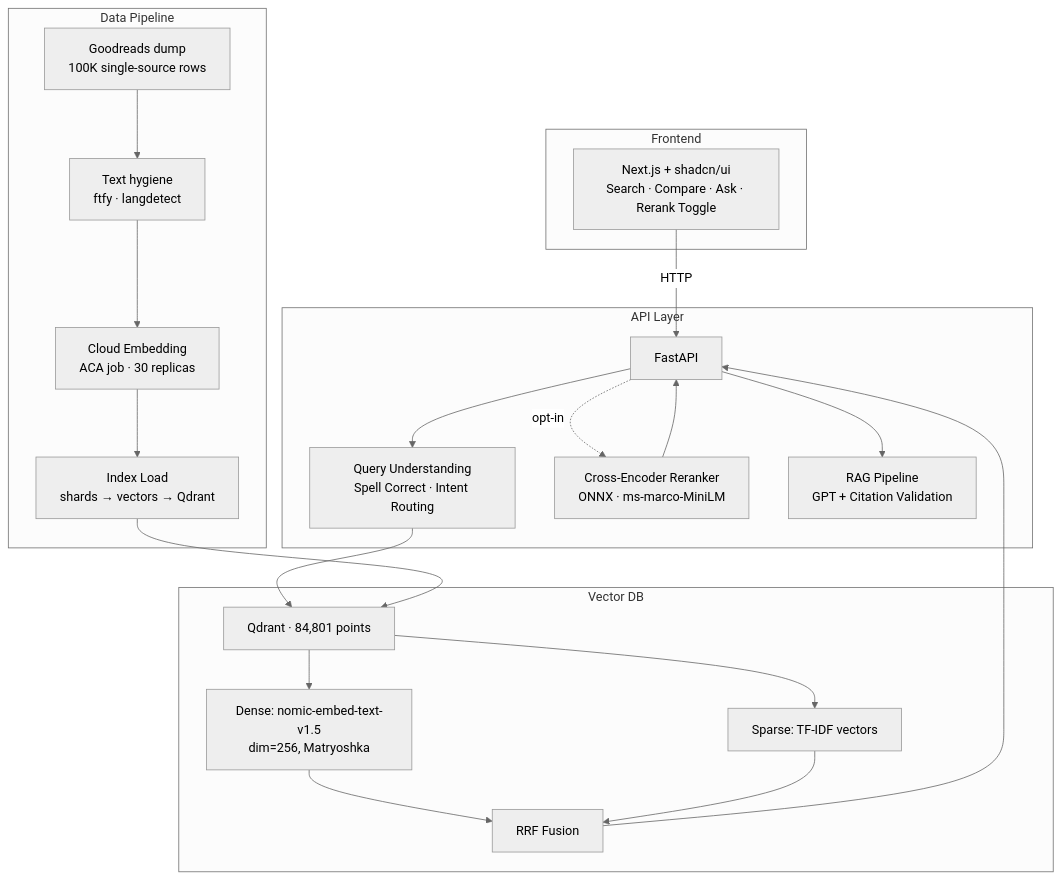
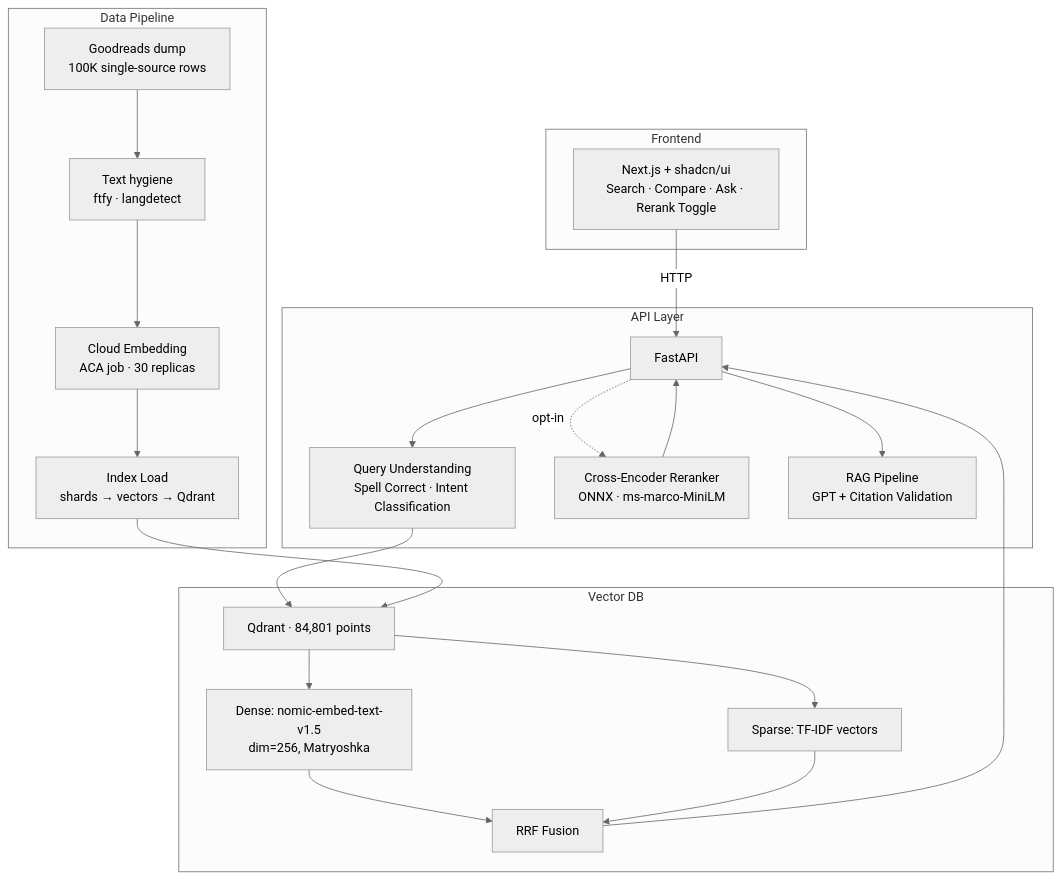
Before and after one commit to TruaShamu/ai-search: the first of 4 diagrams in README.md, drawn with Mermaid (neutral theme). The commit also changed other lines of this file, not shown here.

First line of the commit message:
docs: clean up README — fix diagram label, remove war stories

````diff
--- a/README.md
+++ b/README.md
@@ -13,36 +13,36 @@
 ```mermaid
 graph TD
     subgraph Frontend
         UI[Next.js + shadcn/ui<br/>Search · Compare · Ask · Rerank Toggle]
     end
 
     subgraph API Layer
         FP[FastAPI]
-        QU[Query Understanding<br/>Spell Correct · Intent Routing]
+        QU[Query Understanding<br/>Spell Correct · Intent Classification]
         RR[Cross-Encoder Reranker<br/>ONNX · ms-marco-MiniLM]
         RAG[RAG Pipeline<br/>GPT + Citation Validation]
     end
 
     subgraph Vector DB
         QD[Qdrant · 84,801 points]
         DV[Dense: nomic-embed-text-v1.5<br/>dim=256, Matryoshka]
         SV[Sparse: TF-IDF vectors]
         RRF[RRF Fusion]
     end
 
     subgraph Data Pipeline
         GR[Goodreads dump<br/>100K single-source rows]
         HY[Text hygiene<br/>ftfy · langdetect]
         EMB[Cloud Embedding<br/>ACA job · 30 replicas]
         MIG[Index Load<br/>shards → vectors → Qdrant]
     end
 
     UI -->|HTTP| FP
     FP --> QU --> QD
     QD --> DV & SV
     DV & SV --> RRF --> FP
     FP -.->|opt-in| RR --> FP
     FP --> RAG
 
     GR --> HY --> EMB --> MIG --> QD
 ```
````
